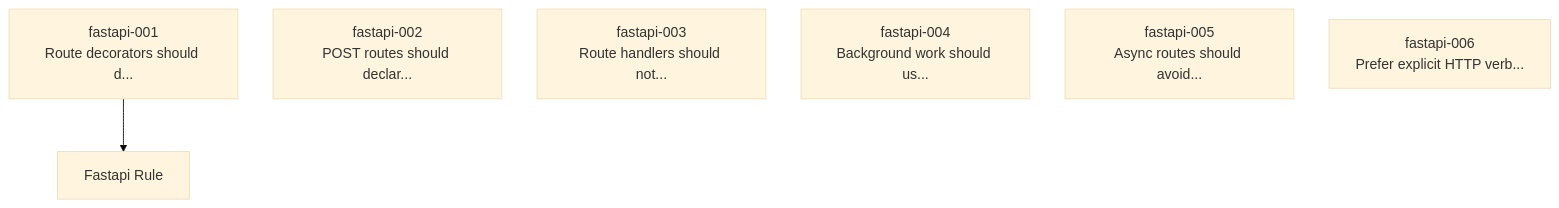
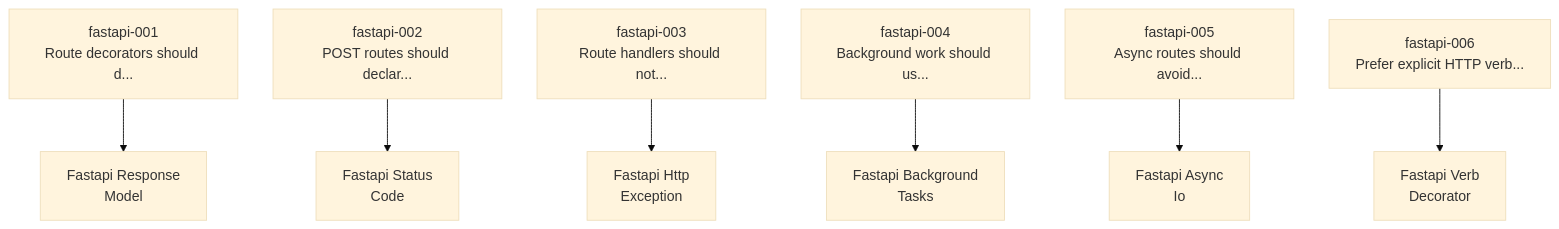
The first of 4 diagrams in docs/user-guide/frameworks/fastapi.md (Anselmoo/mcp-zen-of-languages), drawn with Mermaid before and after one commit. The commit also changed other lines of this file and 41 other files, not shown here.

````diff
--- a/docs/user-guide/frameworks/fastapi.md
+++ b/docs/user-guide/frameworks/fastapi.md
@@ -137,12 +157,22 @@
     ```mermaid
     %%{init: {"theme": "base", "flowchart": {"useMaxWidth": false, "htmlLabels": true, "nodeSpacing": 40, "rankSpacing": 60}}}%%
     graph TD
     fastapi_001["fastapi-001<br/>Route decorators should d..."]
     fastapi_002["fastapi-002<br/>POST routes should declar..."]
     fastapi_003["fastapi-003<br/>Route handlers should not..."]
     fastapi_004["fastapi-004<br/>Background work should us..."]
     fastapi_005["fastapi-005<br/>Async routes should avoid..."]
     fastapi_006["fastapi-006<br/>Prefer explicit HTTP verb..."]
-    det_FastapiRuleDetector["Fastapi Rule"]
-    fastapi_001 --> det_FastapiRuleDetector
+    det_FastapiAsyncIoDetector["Fastapi Async<br/>Io"]
+    fastapi_005 --> det_FastapiAsyncIoDetector
+    det_FastapiBackgroundTasksDetector["Fastapi Background<br/>Tasks"]
+    fastapi_004 --> det_FastapiBackgroundTasksDetector
+    det_FastapiHttpExceptionDetector["Fastapi Http<br/>Exception"]
+    fastapi_003 --> det_FastapiHttpExceptionDetector
+    det_FastapiResponseModelDetector["Fastapi Response<br/>Model"]
+    fastapi_001 --> det_FastapiResponseModelDetector
+    det_FastapiStatusCodeDetector["Fastapi Status<br/>Code"]
+    fastapi_002 --> det_FastapiStatusCodeDetector
+    det_FastapiVerbDecoratorDetector["Fastapi Verb<br/>Decorator"]
+    fastapi_006 --> det_FastapiVerbDecoratorDetector
     ```
````
